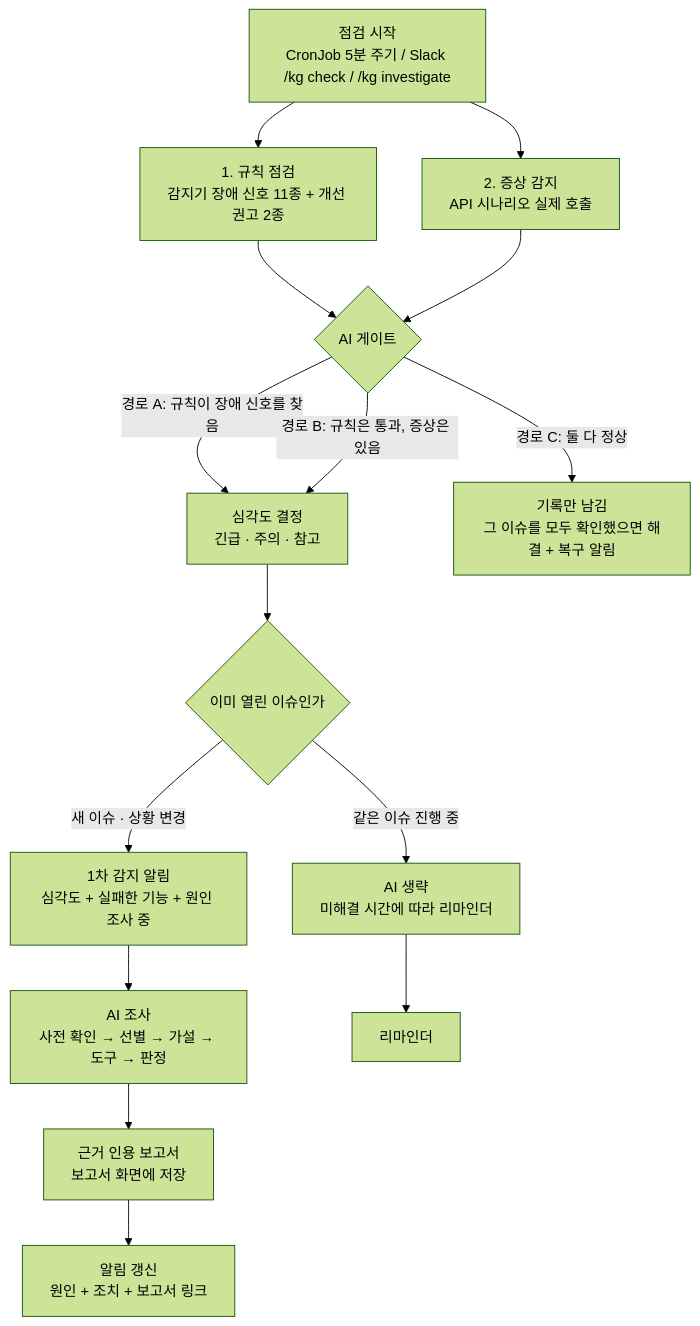
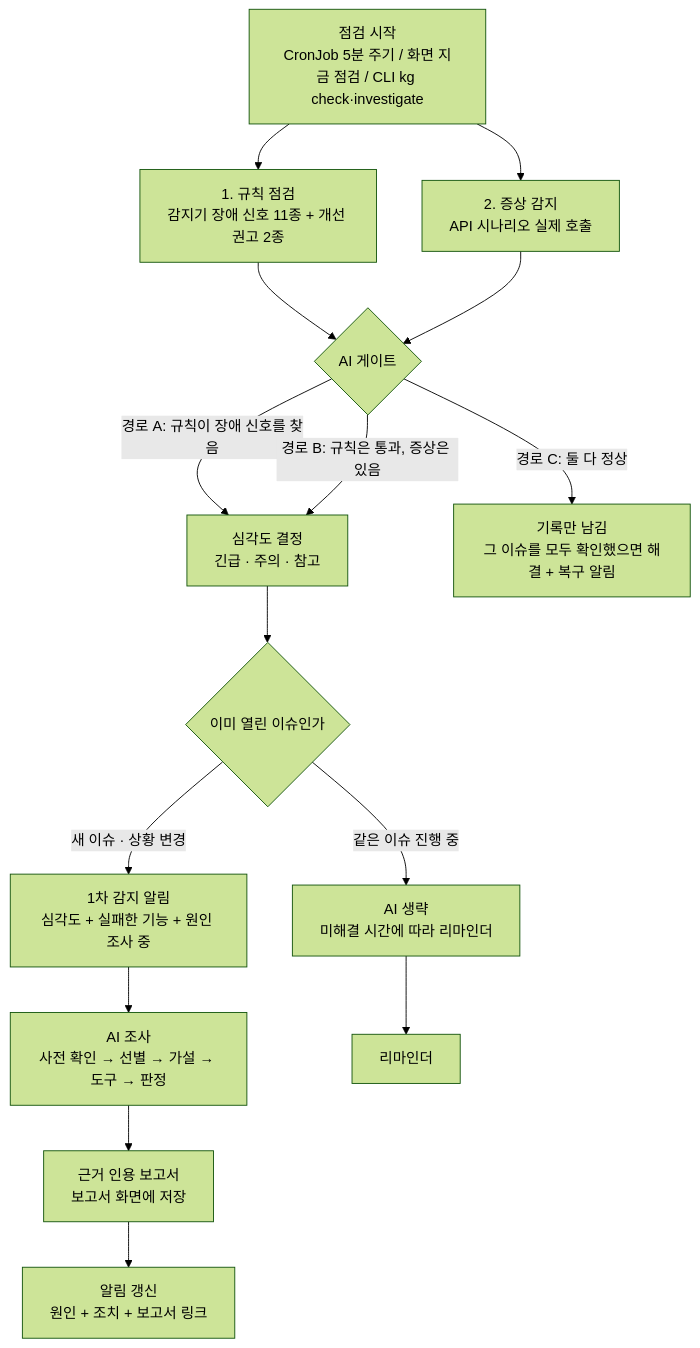
Before and after one commit to skax-jihyeryu/KubeGuardian: the first of 3 diagrams in docs/01-project-proposal.md, drawn with Mermaid (forest theme). The commit also changed other lines of this file and 3 other files, not shown here.

````diff
--- a/docs/01-project-proposal.md
+++ b/docs/01-project-proposal.md
@@ -81,17 +81,17 @@
 ```mermaid
 flowchart TB
-    T[점검 시작<br/>CronJob 5분 주기 / Slack /kg check / /kg investigate] --> R[1. 규칙 점검<br/>감지기 장애 신호 11종 + 개선 권고 2종]
+    T[점검 시작<br/>CronJob 5분 주기 / 화면 지금 점검 / CLI kg check·investigate] --> R[1. 규칙 점검<br/>감지기 장애 신호 11종 + 개선 권고 2종]
     T --> S[2. 증상 감지<br/>API 시나리오 실제 호출]
     R --> G{AI 게이트}
     S --> G
     G -->|경로 A: 규칙이 장애 신호를 찾음| SEV[심각도 결정<br/>긴급 · 주의 · 참고]
     G -->|경로 B: 규칙은 통과, 증상은 있음| SEV
     G -->|경로 C: 둘 다 정상| OK[기록만 남김<br/>그 이슈를 모두 확인했으면 해결 + 복구 알림]
     SEV --> D{이미 열린 이슈인가}
     D -->|새 이슈 · 상황 변경| N1[1차 감지 알림<br/>심각도 + 실패한 기능 + 원인 조사 중]
     N1 --> AI[AI 조사<br/>사전 확인 → 선별 → 가설 → 도구 → 판정]
     D -->|같은 이슈 진행 중| SKIP[AI 생략<br/>미해결 시간에 따라 리마인더]
     AI --> REP[근거 인용 보고서<br/>보고서 화면에 저장]
     REP --> N[알림 갱신<br/>원인 + 조치 + 보고서 링크]
     SKIP --> RM[리마인더]
 ```
````
